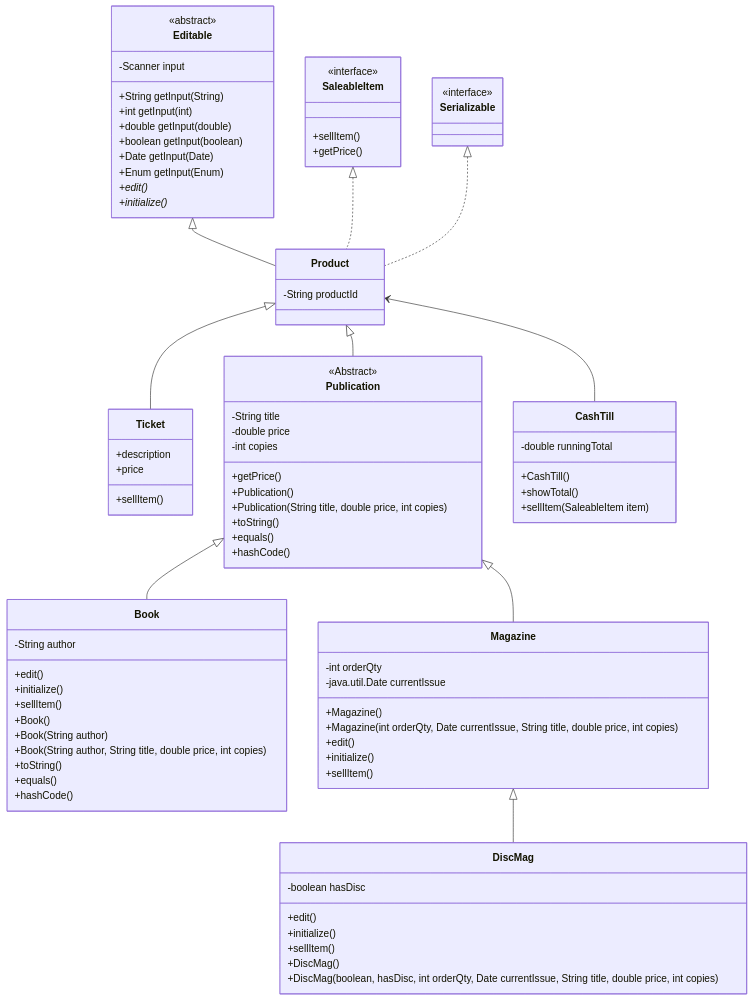
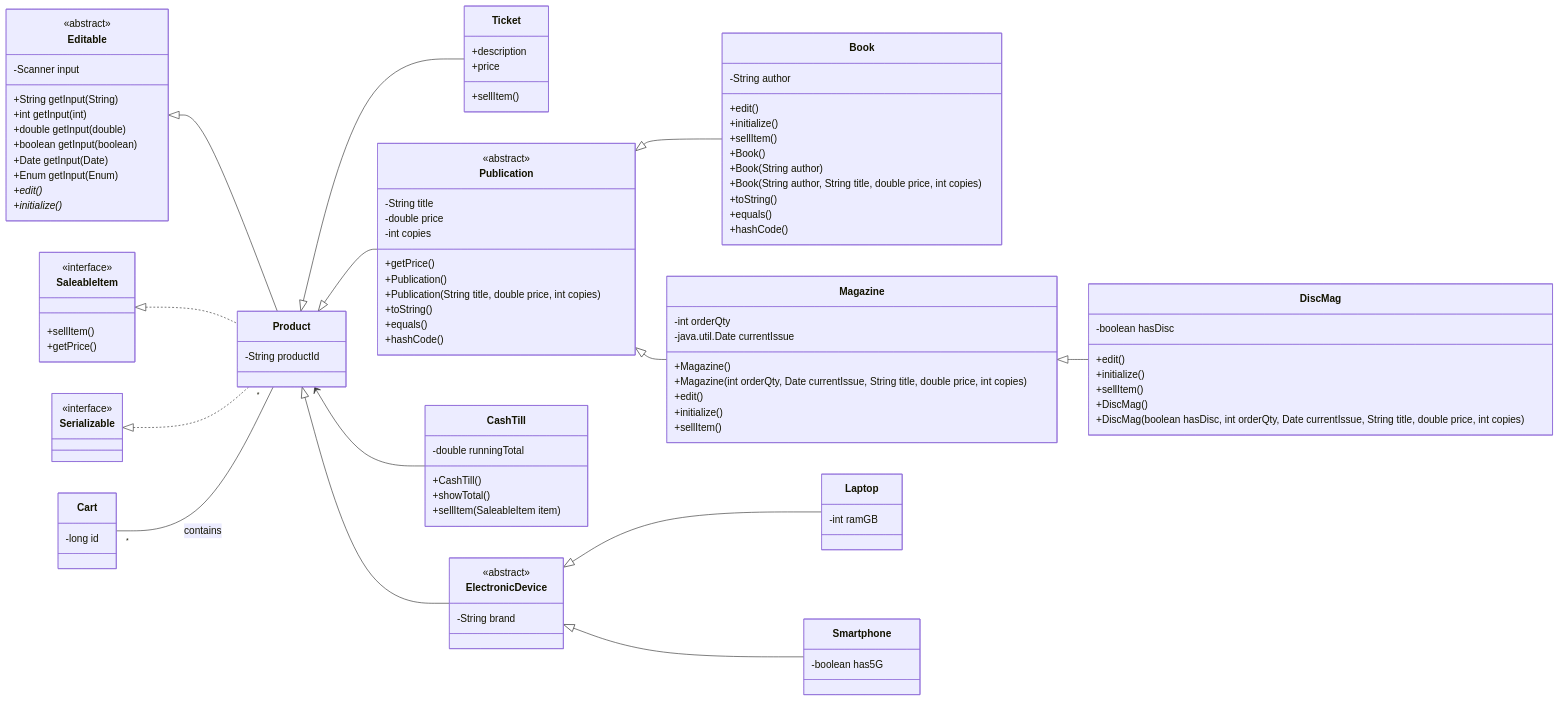
Before and after one commit to Tirthrajsinh2803/csd230_w26_lab1_Tirthrajsinh_Parmar: the diagram in documentation/bookstore.f25-2025-11-17-211001.mmd, drawn with Mermaid. The commit also changed 1 other file, not shown here.

Commit message:
update Mermaid UML with Cart, Product M2M, and niche

```diff
--- a/documentation/bookstore.f25-2025-11-17-211001.mmd
+++ b/documentation/bookstore.f25-2025-11-17-211001.mmd
@@ -1,97 +1,124 @@
 classDiagram
-    Editable <|--Product
-    Product <|--Ticket
-    Product <|--Publication
+    direction LR
+
+    Editable <|-- Product
+    Product <|-- Ticket
+    Product <|-- Publication
     Publication <|-- Book
     Publication <|-- Magazine
     Magazine <|-- DiscMag
     SaleableItem <|.. Product
     Serializable <|.. Product
     Product <-- CashTill
+
+%% ✅ REQUIRED FOR LAB 1: Cart + Many-to-Many with Product
+    class Cart{
+        -long id
+    }
+    Cart "*" -- "*" Product : contains
+
+%% ✅ REQUIRED FOR LAB 1: Your niche hierarchy (example: Electronics)
+    class ElectronicDevice{
+        <<abstract>>
+        -String brand
+    }
+    class Laptop{
+        -int ramGB
+    }
+    class Smartphone{
+        -boolean has5G
+    }
+    Product <|-- ElectronicDevice
+    ElectronicDevice <|-- Laptop
+    ElectronicDevice <|-- Smartphone
+
 
     class Product{
         -String productId
     }
 
     class Serializable{
         <<interface>>
     }
+
     class Ticket{
         +description
         +price
         +sellItem()
     }
+
     class Editable{
         <<abstract>>
         -Scanner input
         +String getInput(String)
         +int getInput(int)
         +double getInput(double)
         +boolean getInput(boolean)
         +Date getInput(Date)
         +Enum getInput(Enum)
         +edit()*
         +initialize()*
+    }
 
-    }
     class Publication{
-        <<Abstract>>
+        <<abstract>>
         -String title
         -double price
         -int copies
         +getPrice()
 
         +Publication()
         +Publication(String title, double price, int copies)
         +toString()
         +equals()
         +hashCode()
+    }
 
-    }
     class Book{
         -String author
         +edit()
         +initialize()
         +sellItem()
 
         +Book()
         +Book(String author)
         +Book(String author, String title, double price, int copies)
         +toString()
         +equals()
         +hashCode()
+    }
 
-    }
     class Magazine{
         -int orderQty
         -java.util.Date currentIssue
 
         +Magazine()
         +Magazine(int orderQty, Date currentIssue, String title, double price, int copies)
 
         +edit()
         +initialize()
         +sellItem()
     }
+
     class DiscMag{
         -boolean hasDisc
         +edit()
         +initialize()
         +sellItem()
 
         +DiscMag()
-        +DiscMag(boolean, hasDisc, int orderQty, Date currentIssue, String title, double price, int copies)
+        +DiscMag(boolean hasDisc, int orderQty, Date currentIssue, String title, double price, int copies)
+    }
 
-    }
     class CashTill{
         -double runningTotal
         +CashTill()
         +showTotal()
         +sellItem(SaleableItem item)
     }
-    class SaleableItem {
+
+    class SaleableItem{
         <<interface>>
         +sellItem()
         +getPrice()
-
     }
```
